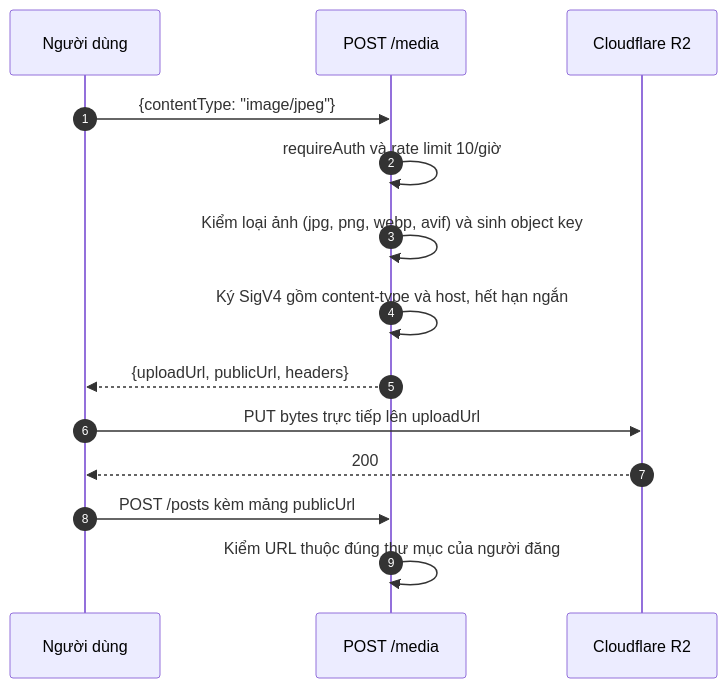
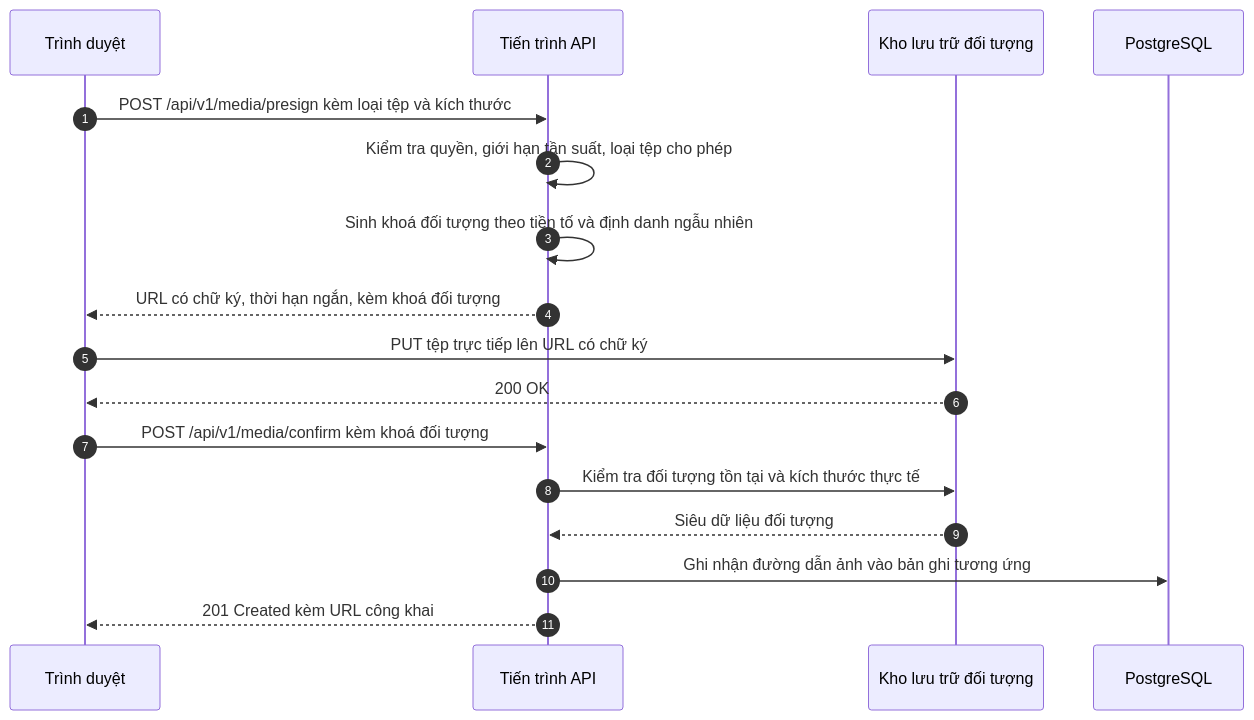
Before and after one commit to longqt321/Rendez-PBL6: the ninth of 11 diagrams in docs/bao-cao/BAO-CAO-DO-AN.md, drawn with Mermaid. The commit also changed other lines of this file and 1 other file, not shown here.

````diff
--- a/docs/bao-cao/BAO-CAO-DO-AN.md
+++ b/docs/bao-cao/BAO-CAO-DO-AN.md
@@ -635,17 +920,22 @@
 ```mermaid
 sequenceDiagram
-  autonumber
-  participant U as Người dùng
-  participant API as POST /media
-  participant R2 as Cloudflare R2
+    autonumber
+    participant B as Trình duyệt
+    participant A as Tiến trình API
+    participant S as Kho lưu trữ đối tượng
+    participant D as PostgreSQL
 
-  U->>API: {contentType: "image/jpeg"}
-  API->>API: requireAuth và rate limit 10/giờ
-  API->>API: Kiểm loại ảnh (jpg, png, webp, avif) và sinh object key
-  API->>API: Ký SigV4 gồm content-type và host, hết hạn ngắn
-  API-->>U: {uploadUrl, publicUrl, headers}
-  U->>R2: PUT bytes trực tiếp lên uploadUrl
-  R2-->>U: 200
-  U->>API: POST /posts kèm mảng publicUrl
-  API->>API: Kiểm URL thuộc đúng thư mục của người đăng
+    B->>A: POST /api/v1/media/presign kèm loại tệp và kích thước
+    A->>A: Kiểm tra quyền, giới hạn tần suất, loại tệp cho phép
+    A->>A: Sinh khoá đối tượng theo tiền tố và định danh ngẫu nhiên
+    A-->>B: URL có chữ ký, thời hạn ngắn, kèm khoá đối tượng
+
+    B->>S: PUT tệp trực tiếp lên URL có chữ ký
+    S-->>B: 200 OK
+
+    B->>A: POST /api/v1/media/confirm kèm khoá đối tượng
+    A->>S: Kiểm tra đối tượng tồn tại và kích thước thực tế
+    S-->>A: Siêu dữ liệu đối tượng
+    A->>D: Ghi nhận đường dẫn ảnh vào bản ghi tương ứng
+    A-->>B: 201 Created kèm URL công khai
 ```
````
